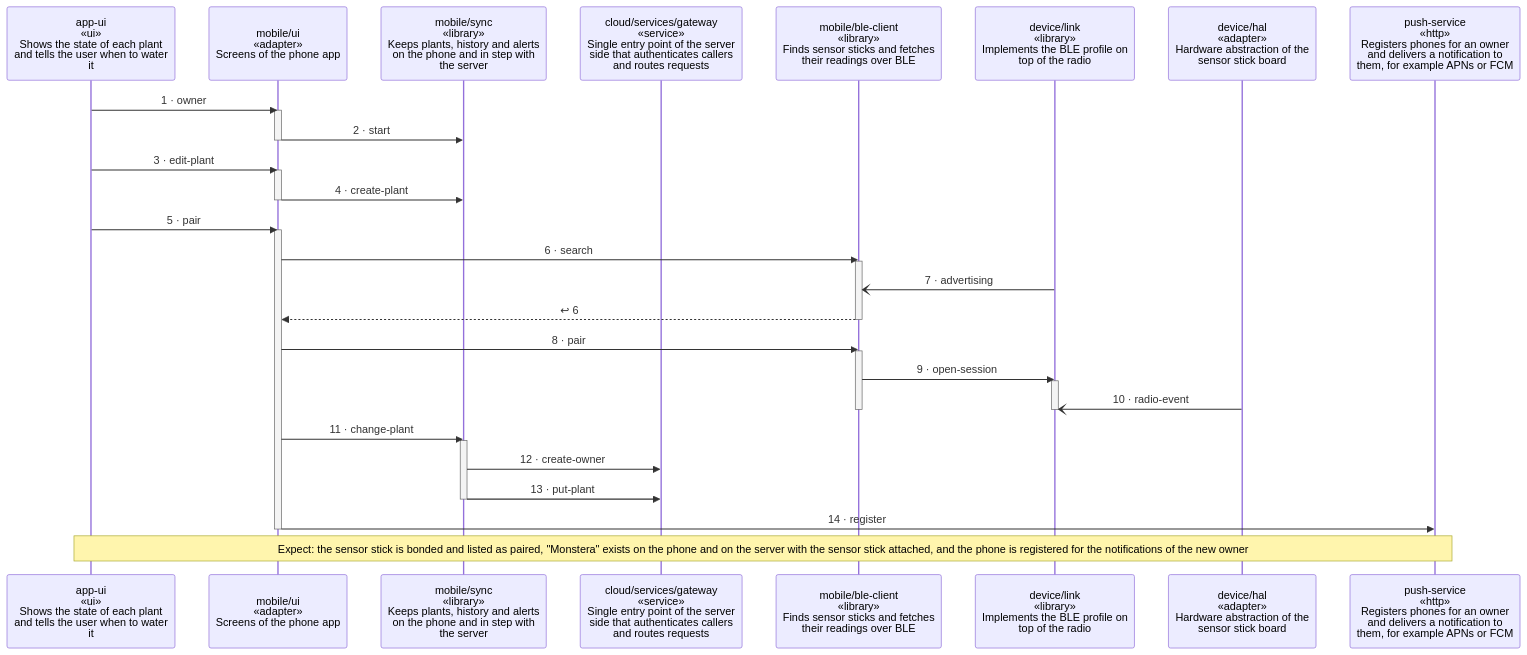
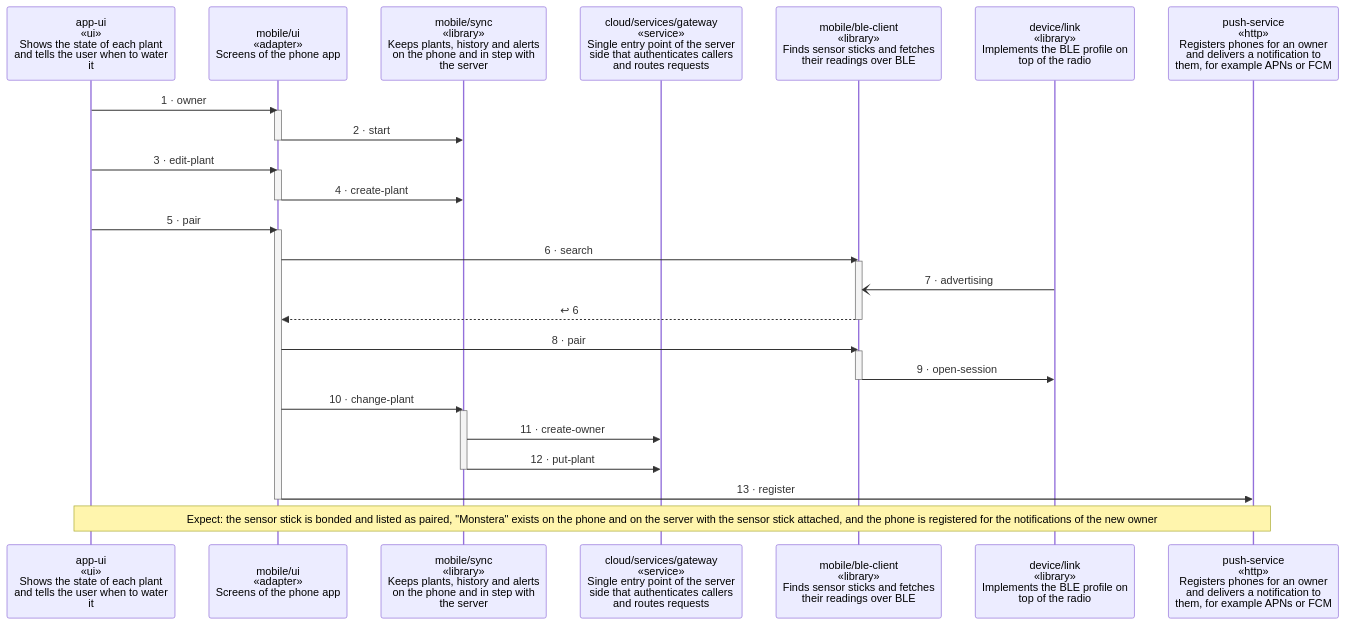
Before and after one commit to wackazong/unifold: the diagram in examples/plantwatch/docs/diagrams/scenario-first-plant.md, drawn with Mermaid. The commit also changed other lines of this file and 2 other files, not shown here.

Commit message:
docs(examples): keep the radio of the sensor stick out of the first-plant story
first-plant is told from the phone app's tutorial. Its one hop into the
firmware, the radio event that delivers the central's connection to link,
drew a second layer under open-session that a reader of the phone side
could not place. The story now ends at the BLE profile: 13 steps, 7
lifelines. The firmware's stories keep showing link and hal together.
The part `radio-event` is used by no story now, which N4 reports.

````diff
--- a/examples/plantwatch/docs/diagrams/scenario-first-plant.md
+++ b/examples/plantwatch/docs/diagrams/scenario-first-plant.md
@@ -12,46 +12,42 @@
 ```mermaid
 ---
 config:
   sequence:
     height: 108
 ---
 sequenceDiagram
   participant papp_dui as app-ui<br/>«ui»<br/>Shows the state of each plant<br/>and tells the user when to water<br/>it
   participant pmobile__ui as mobile/ui<br/>«adapter»<br/>Screens of the phone app
   participant pmobile__sync as mobile/sync<br/>«library»<br/>Keeps plants, history and alerts<br/>on the phone and in step with<br/>the server
   participant pcloud__services__gateway as cloud/services/gateway<br/>«service»<br/>Single entry point of the server<br/>side that authenticates callers<br/>and routes requests
   participant pmobile__ble_dclient as mobile/ble-client<br/>«library»<br/>Finds sensor sticks and fetches<br/>their readings over BLE
   participant pdevice__link as device/link<br/>«library»<br/>Implements the BLE profile on<br/>top of the radio
-  participant pdevice__hal as device/hal<br/>«adapter»<br/>Hardware abstraction of the<br/>sensor stick board
   participant ppush_dservice as push-service<br/>«http»<br/>Registers phones for an owner<br/>and delivers a notification to<br/>them, for example APNs or FCM
   papp_dui->>pmobile__ui: 1 · owner
   activate pmobile__ui
   pmobile__ui->>pmobile__sync: 2 · start
   deactivate pmobile__ui
   papp_dui->>pmobile__ui: 3 · edit-plant
   activate pmobile__ui
   pmobile__ui->>pmobile__sync: 4 · create-plant
   deactivate pmobile__ui
   papp_dui->>pmobile__ui: 5 · pair
   activate pmobile__ui
   pmobile__ui->>pmobile__ble_dclient: 6 · search
   activate pmobile__ble_dclient
   pdevice__link-)pmobile__ble_dclient: 7 · advertising
   pmobile__ble_dclient-->>pmobile__ui: ↩ 6
   deactivate pmobile__ble_dclient
   pmobile__ui->>pmobile__ble_dclient: 8 · pair
   activate pmobile__ble_dclient
   pmobile__ble_dclient->>pdevice__link: 9 · open-session
-  activate pdevice__link
-  pdevice__hal-)pdevice__link: 10 · radio-event
-  deactivate pdevice__link
   deactivate pmobile__ble_dclient
-  pmobile__ui->>pmobile__sync: 11 · change-plant
+  pmobile__ui->>pmobile__sync: 10 · change-plant
   activate pmobile__sync
-  pmobile__sync->>pcloud__services__gateway: 12 · create-owner
-  pmobile__sync->>pcloud__services__gateway: 13 · put-plant
+  pmobile__sync->>pcloud__services__gateway: 11 · create-owner
+  pmobile__sync->>pcloud__services__gateway: 12 · put-plant
   deactivate pmobile__sync
-  pmobile__ui->>ppush_dservice: 14 · register
+  pmobile__ui->>ppush_dservice: 13 · register
   deactivate pmobile__ui
   Note over papp_dui,ppush_dservice: wrap: Expect: the sensor stick is bonded and listed as paired, #quot;Monstera#quot; exists on the phone and on the server with the sensor stick attached, and the phone is registered for the notifications of the new owner
 ```
````
